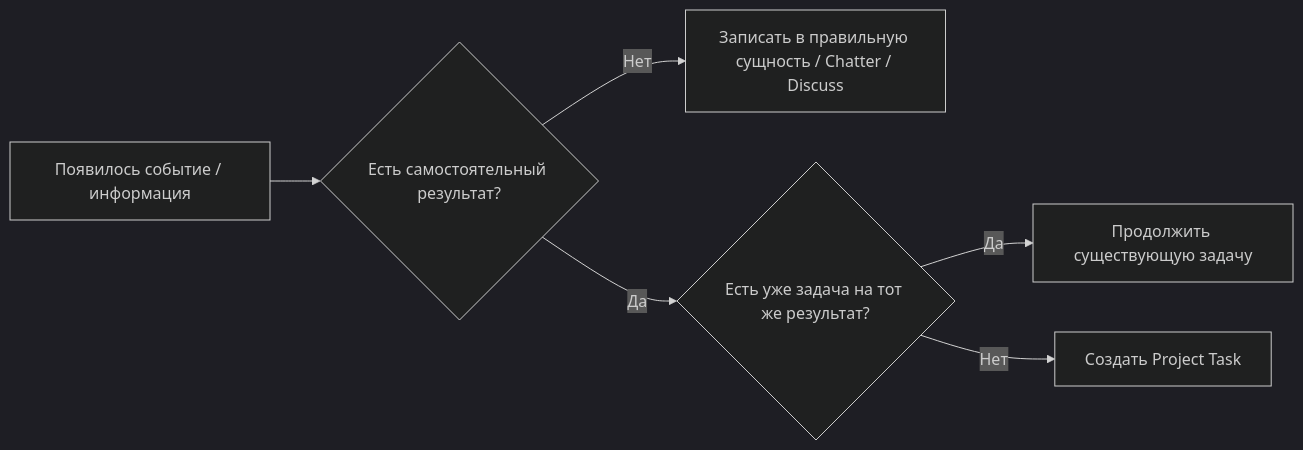
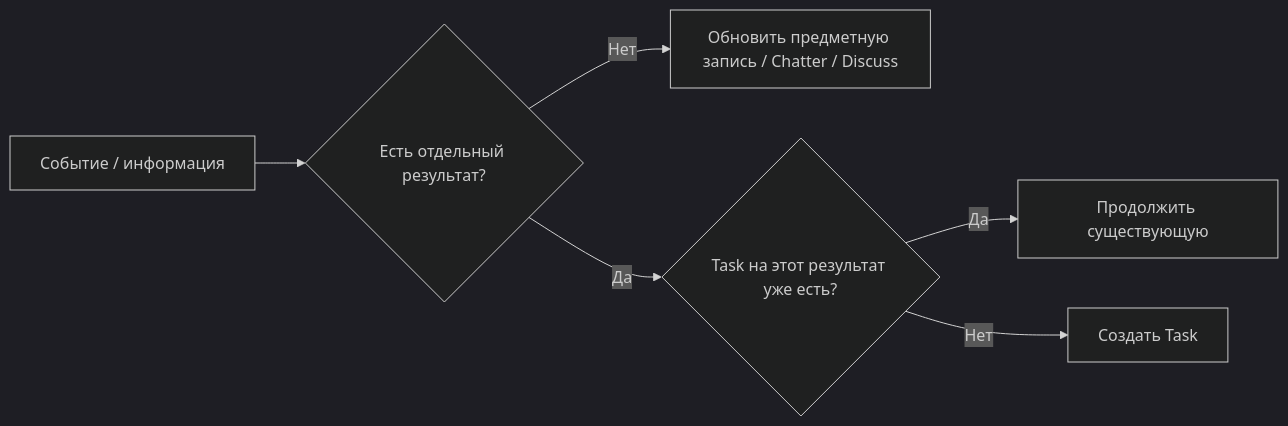
Before and after one commit to lazuale/department: the first of 2 diagrams in docs/01-methodology.md, drawn with Mermaid (dark theme). The commit also changed other lines of this file, not shown here.

````diff
--- a/docs/01-methodology.md
+++ b/docs/01-methodology.md
@@ -43,8 +31,8 @@
 ```mermaid
 flowchart LR
-    A[Появилось событие / информация] --> B{Есть самостоятельный результат?}
-    B -- Нет --> C[Записать в правильную сущность / Chatter / Discuss]
-    B -- Да --> D{Есть уже задача на тот же результат?}
-    D -- Да --> E[Продолжить существующую задачу]
-    D -- Нет --> F[Создать Project Task]
+    A[Событие / информация] --> B{Есть отдельный результат?}
+    B -- Нет --> C[Обновить предметную запись / Chatter / Discuss]
+    B -- Да --> D{Task на этот результат уже есть?}
+    D -- Да --> E[Продолжить существующую]
+    D -- Нет --> T[Создать Task]
 ```
````
